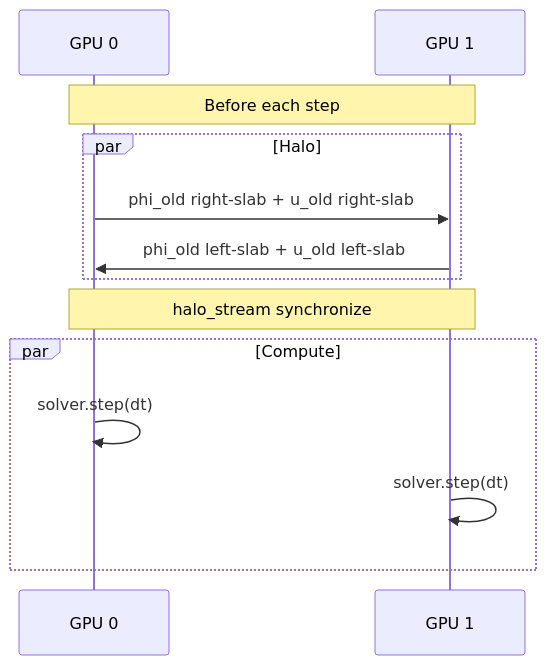
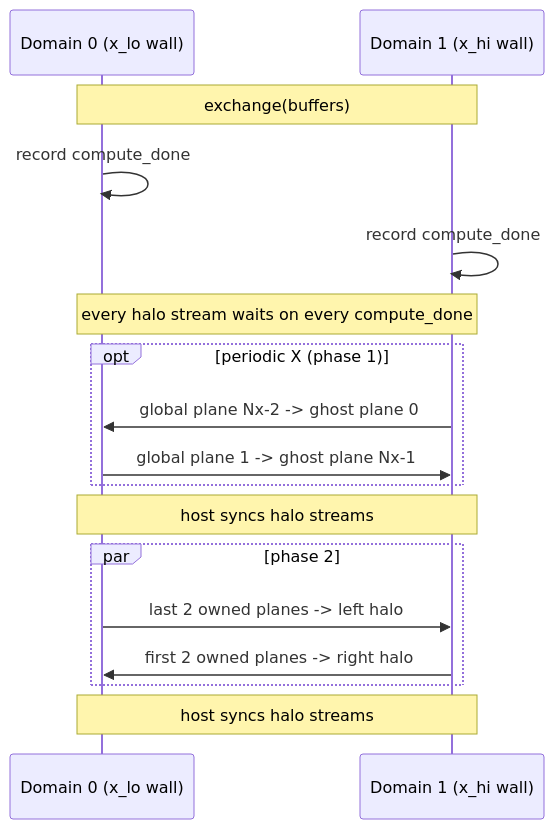
Before and after one commit to myousefi2016/Allen-Cahn-CUDA: the fourth of 6 diagrams in docs/DESIGN.md, drawn with Mermaid. The commit also changed other lines of this file and 14 other files, not shown here.

````diff
--- a/docs/DESIGN.md
+++ b/docs/DESIGN.md
@@ -375,15 +420,19 @@
 ```mermaid
 sequenceDiagram
-    participant G0 as GPU 0
-    participant G1 as GPU 1
-    Note over G0,G1: Before each step
-    par Halo
-        G0->>G1: phi_old right-slab + u_old right-slab
-        G1->>G0: phi_old left-slab  + u_old left-slab
+    participant G0 as Domain 0 (x_lo wall)
+    participant G1 as Domain 1 (x_hi wall)
+    Note over G0,G1: exchange(buffers)
+    G0->>G0: record compute_done
+    G1->>G1: record compute_done
+    Note over G0,G1: every halo stream waits on every compute_done
+    opt periodic X (phase 1)
+        G1->>G0: global plane Nx-2 -> ghost plane 0
+        G0->>G1: global plane 1 -> ghost plane Nx-1
     end
-    Note over G0,G1: halo_stream synchronize
-    par Compute
-        G0->>G0: solver.step(dt)
-        G1->>G1: solver.step(dt)
+    Note over G0,G1: host syncs halo streams
+    par phase 2
+        G0->>G1: last 2 owned planes -> left halo
+        G1->>G0: first 2 owned planes -> right halo
     end
+    Note over G0,G1: host syncs halo streams
 ```
````
